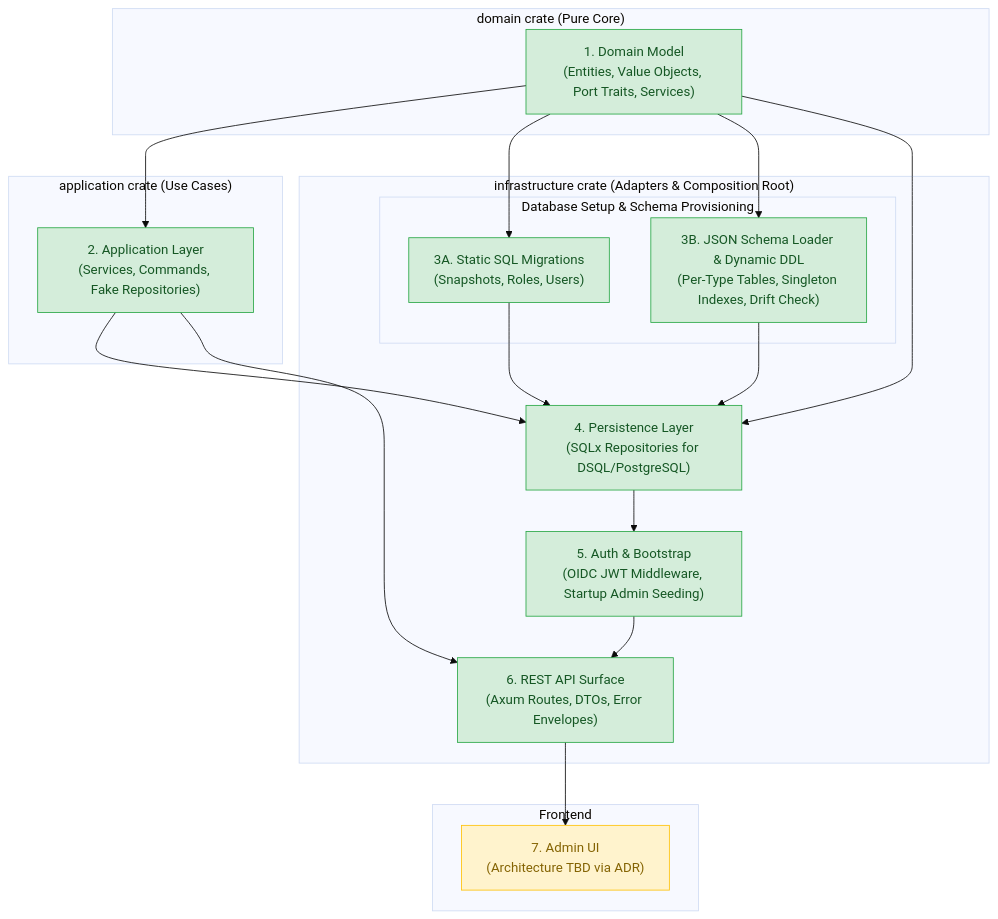
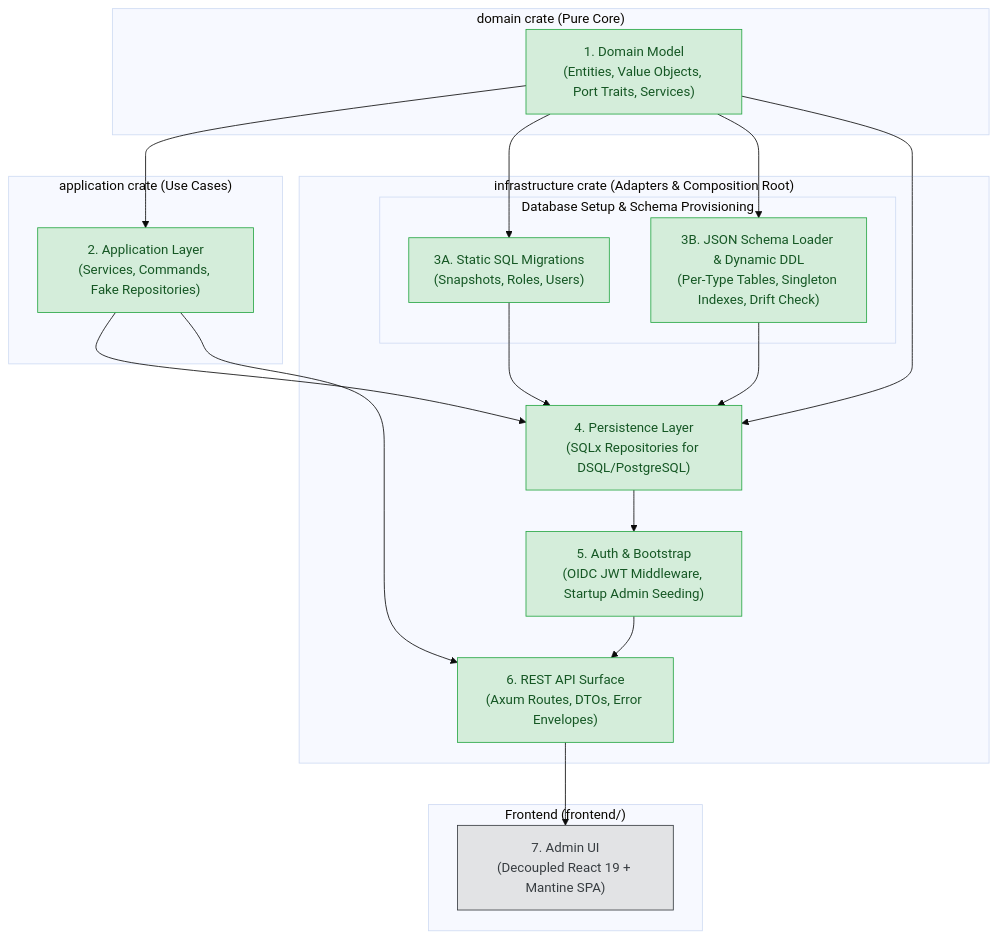
The diagram in docs/roadmap.md (luminair-cms/luminair-service-aws-dsql), drawn with Mermaid (base theme) before and after one commit. The commit also changed other lines of this file and 6 other files, not shown here.

Commit message:
feat(docs): accept ADR-010 and add UI architecture specification with Dex dev config

````diff
--- a/docs/roadmap.md
+++ b/docs/roadmap.md
@@ -9,43 +9,43 @@
 ```mermaid
 flowchart TD
     classDef done fill:#d4edda,stroke:#28a745,color:#155724;
     classDef planned fill:#e2e3e5,stroke:#383d41,color:#383d41;
     classDef tbd fill:#fff3cd,stroke:#ffc107,color:#856404;
 
     subgraph CrateDomain["domain crate (Pure Core)"]
         Domain["1. Domain Model<br/>(Entities, Value Objects, Port Traits, Services)"]:::done
     end
 
     subgraph CrateApp["application crate (Use Cases)"]
         App["2. Application Layer<br/>(Services, Commands, Fake Repositories)"]:::done
     end
 
     subgraph CrateInfra["infrastructure crate (Adapters & Composition Root)"]
         subgraph SubgraphDB["Database Setup & Schema Provisioning"]
             StaticMig["3A. Static SQL Migrations<br/>(Snapshots, Roles, Users)"]:::done
             SchemaLoader["3B. JSON Schema Loader & Dynamic DDL<br/>(Per-Type Tables, Singleton Indexes, Drift Check)"]:::done
         end
 
         Persistence["4. Persistence Layer<br/>(SQLx Repositories for DSQL/PostgreSQL)"]:::done
         Auth["5. Auth & Bootstrap<br/>(OIDC JWT Middleware, Startup Admin Seeding)"]:::done
         RestApi["6. REST API Surface<br/>(Axum Routes, DTOs, Error Envelopes)"]:::done
     end
 
-    subgraph ClientLayer["Frontend"]
-        UI["7. Admin UI<br/>(Architecture TBD via ADR)"]:::tbd
+    subgraph ClientLayer["Frontend (frontend/)"]
+        UI["7. Admin UI<br/>(Decoupled React 19 + Mantine SPA)"]:::planned
     end
 
     Domain --> App
     Domain --> StaticMig
     Domain --> SchemaLoader
     Domain --> Persistence
 
     App --> Persistence
     StaticMig --> Persistence
     SchemaLoader --> Persistence
 
     Persistence --> Auth
     Auth --> RestApi
     App --> RestApi
     RestApi --> UI
 ```
````
